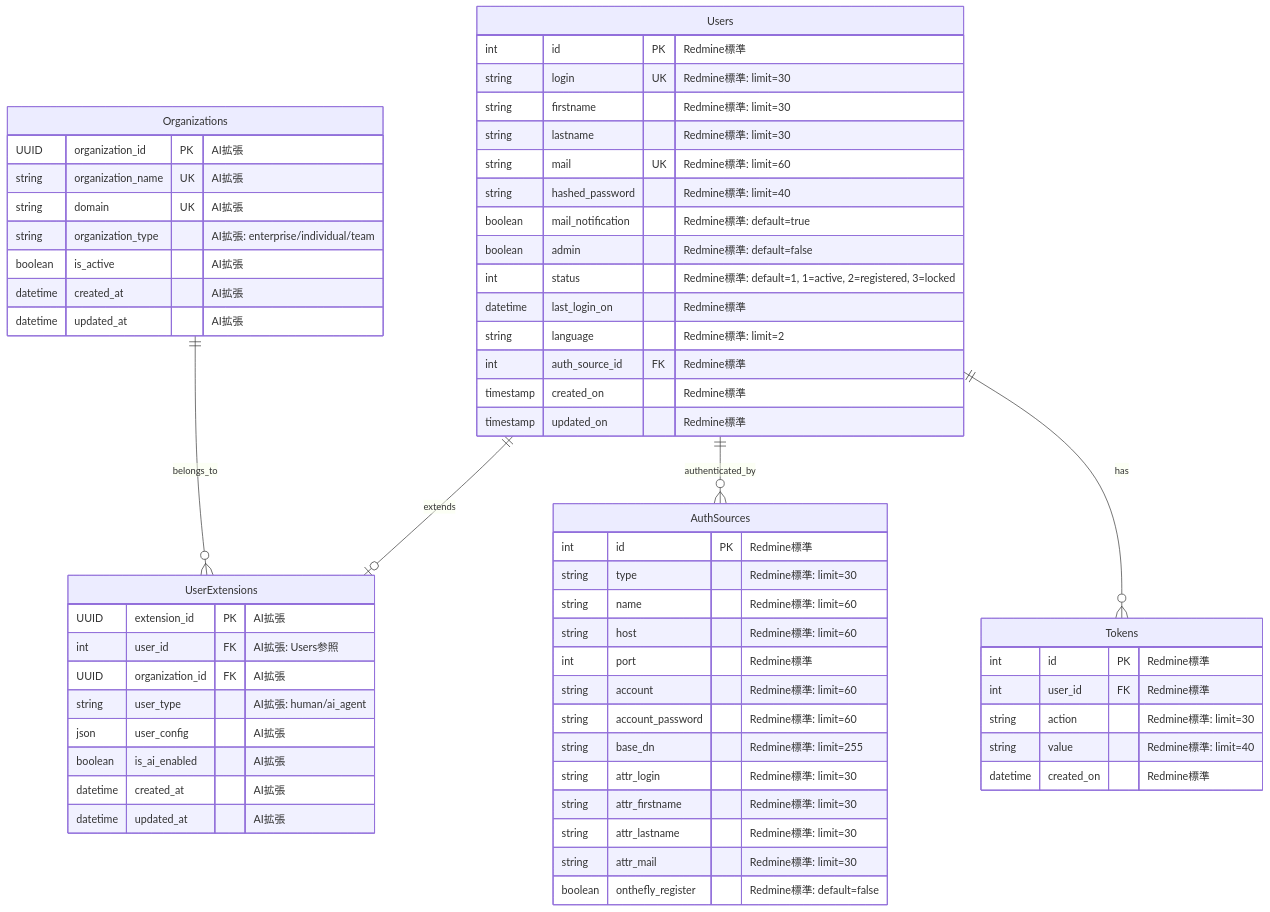
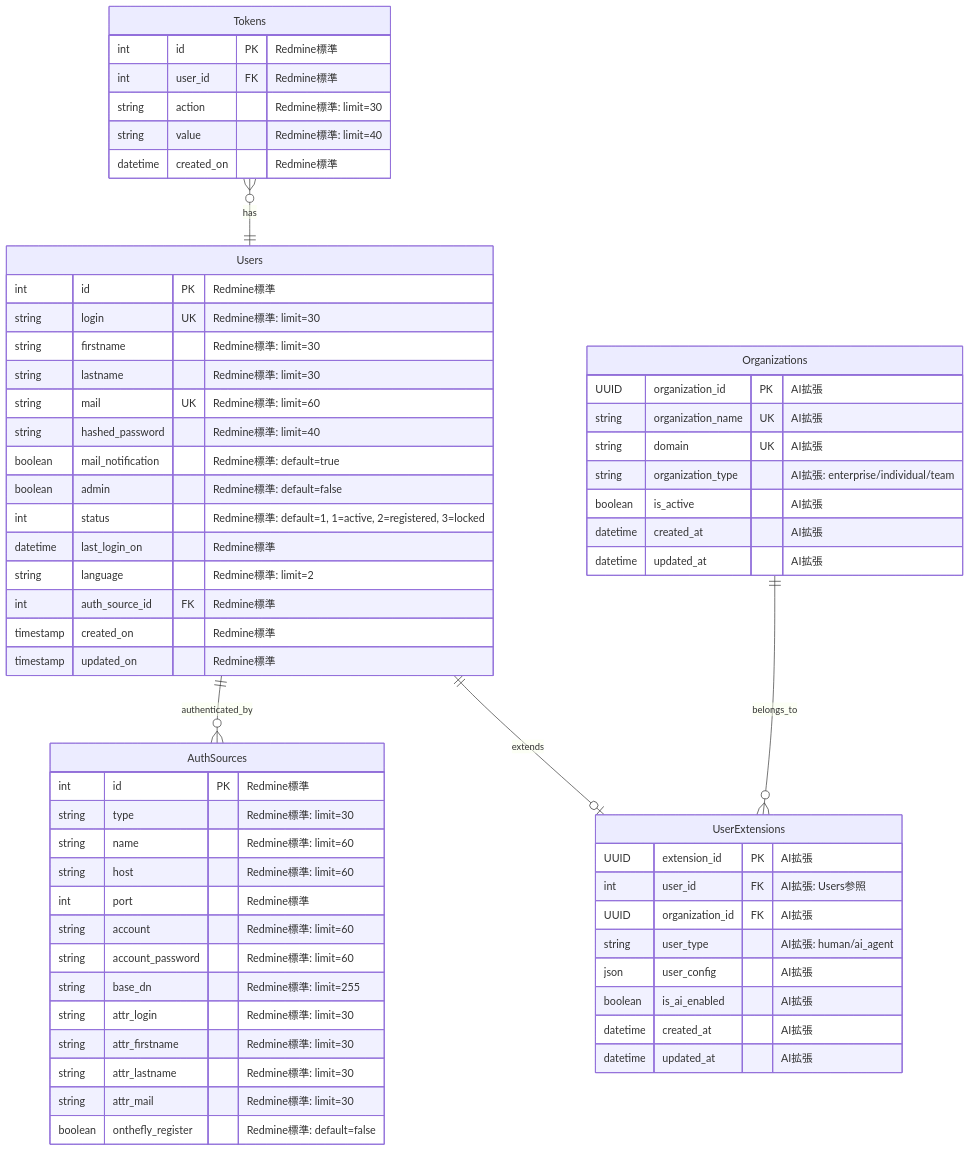
One commit to daichiTAAA/AgentOpsPlatform changed the first of 15 diagrams in docs/030000_設計/035000_データ設計/035010_ER図.md. Above: the diagram before and after it, drawn with Mermaid.

Commit message:
設計書を作成した

````diff
--- a/docs/030000_設計/035000_データ設計/035010_ER図.md
+++ b/docs/030000_設計/035000_データ設計/035010_ER図.md
@@ -96,72 +96,72 @@
 ```mermaid
 erDiagram
     %% Redmine標準テーブル（変更なし）
     Users {
         int id PK "Redmine標準"
         string login UK "Redmine標準: limit=30"
         string firstname "Redmine標準: limit=30"
         string lastname "Redmine標準: limit=30"
         string mail UK "Redmine標準: limit=60"
         string hashed_password "Redmine標準: limit=40"
         boolean mail_notification "Redmine標準: default=true"
         boolean admin "Redmine標準: default=false"
         int status "Redmine標準: default=1, 1=active, 2=registered, 3=locked"
         datetime last_login_on "Redmine標準"
         string language "Redmine標準: limit=2"
         int auth_source_id FK "Redmine標準"
         timestamp created_on "Redmine標準"
         timestamp updated_on "Redmine標準"
     }
     
     AuthSources {
         int id PK "Redmine標準"
         string type "Redmine標準: limit=30"
         string name "Redmine標準: limit=60"
         string host "Redmine標準: limit=60"
         int port "Redmine標準"
         string account "Redmine標準: limit=60"
         string account_password "Redmine標準: limit=60"
         string base_dn "Redmine標準: limit=255"
         string attr_login "Redmine標準: limit=30"
         string attr_firstname "Redmine標準: limit=30"
         string attr_lastname "Redmine標準: limit=30"
         string attr_mail "Redmine標準: limit=30"
         boolean onthefly_register "Redmine標準: default=false"
     }
     
     Tokens {
         int id PK "Redmine標準"
         int user_id FK "Redmine標準"
         string action "Redmine標準: limit=30"
         string value "Redmine標準: limit=40"
         datetime created_on "Redmine標準"
     }
     
     %% AI拡張テーブル（新規追加）
     Organizations {
         UUID organization_id PK "AI拡張"
         string organization_name UK "AI拡張"
         string domain UK "AI拡張"
         string organization_type "AI拡張: enterprise/individual/team"
         boolean is_active "AI拡張"
         datetime created_at "AI拡張"
         datetime updated_at "AI拡張"
     }
     
     UserExtensions {
         UUID extension_id PK "AI拡張"
         int user_id FK "AI拡張: Users参照"
         UUID organization_id FK "AI拡張"
         string user_type "AI拡張: human/ai_agent"
         json user_config "AI拡張"
         boolean is_ai_enabled "AI拡張"
         datetime created_at "AI拡張"
         datetime updated_at "AI拡張"
     }
     
     %% 関係性
+    Tokens }o--|| Users : has
     Users ||--o| UserExtensions : extends
     Organizations ||--o{ UserExtensions : belongs_to
     Users ||--o{ AuthSources : authenticated_by
-    Users ||--o{ Tokens : has
 ```
````
